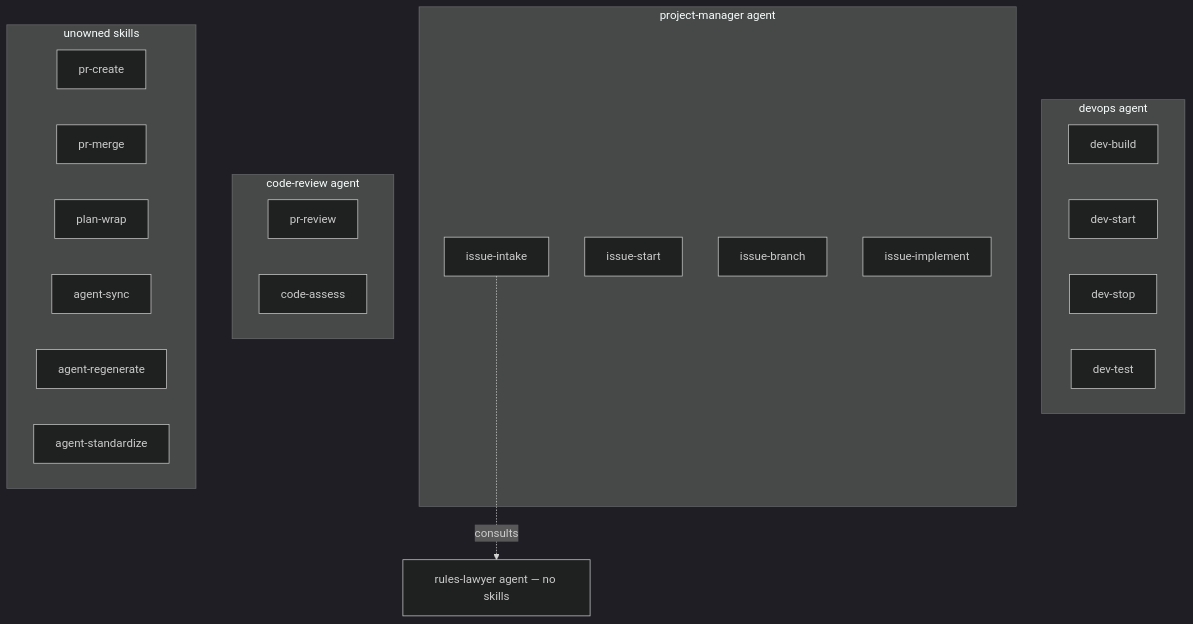
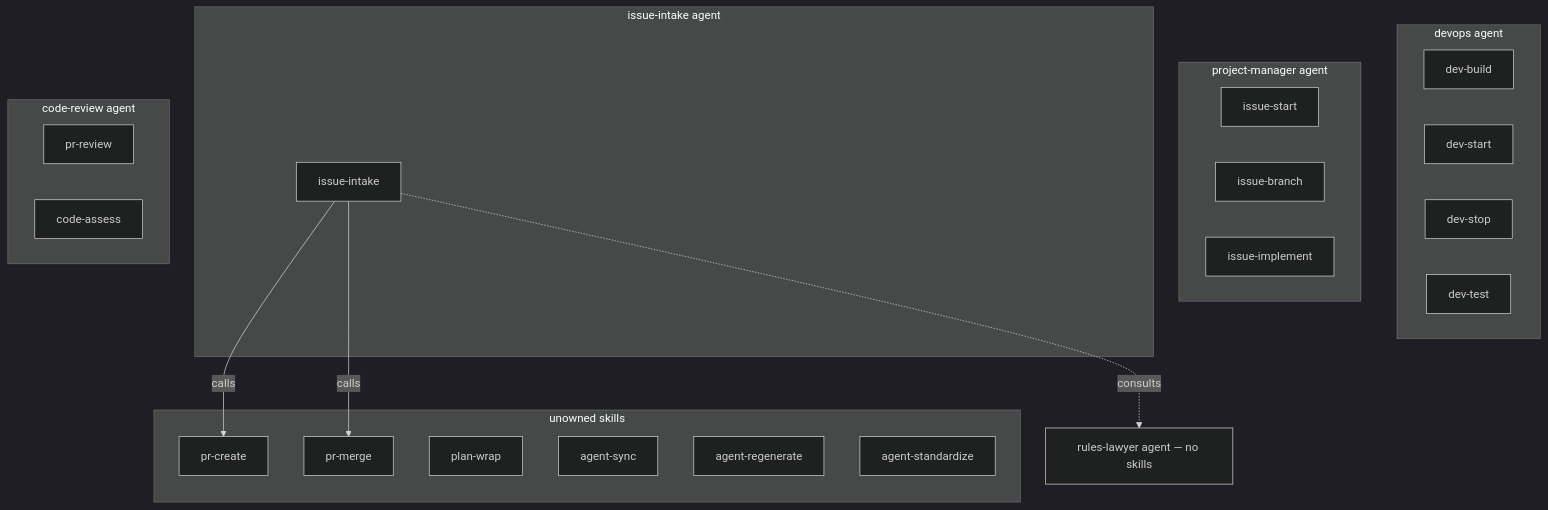
Before and after one commit to ashitaka-emishi/lob-online: the first of 3 diagrams in docs/architecture.md, drawn with Mermaid (dark theme). The commit also changed other lines of this file and 11 other files, not shown here.

First line of the commit message:
feat(issue-intake): promote to first-class agent with branch/PR workflow (#21)

````diff
--- a/docs/architecture.md
+++ b/docs/architecture.md
@@ -42,29 +43,33 @@
 ```mermaid
 graph TD
   subgraph devops[devops agent]
     dev-build
     dev-start
     dev-stop
     dev-test
   end
   subgraph pm[project-manager agent]
-    issue-intake
     issue-start
     issue-branch
     issue-implement
+  end
+  subgraph ii[issue-intake agent]
+    issue-intake
   end
   subgraph cr[code-review agent]
     pr-review
     code-assess
   end
   rl[rules-lawyer agent — no skills]
   subgraph standalone[unowned skills]
     pr-create
     pr-merge
     plan-wrap
     agent-sync
     agent-regenerate
     agent-standardize
   end
   issue-intake -.->|consults| rl
+  issue-intake -->|calls| pr-create
+  issue-intake -->|calls| pr-merge
 ```
````
